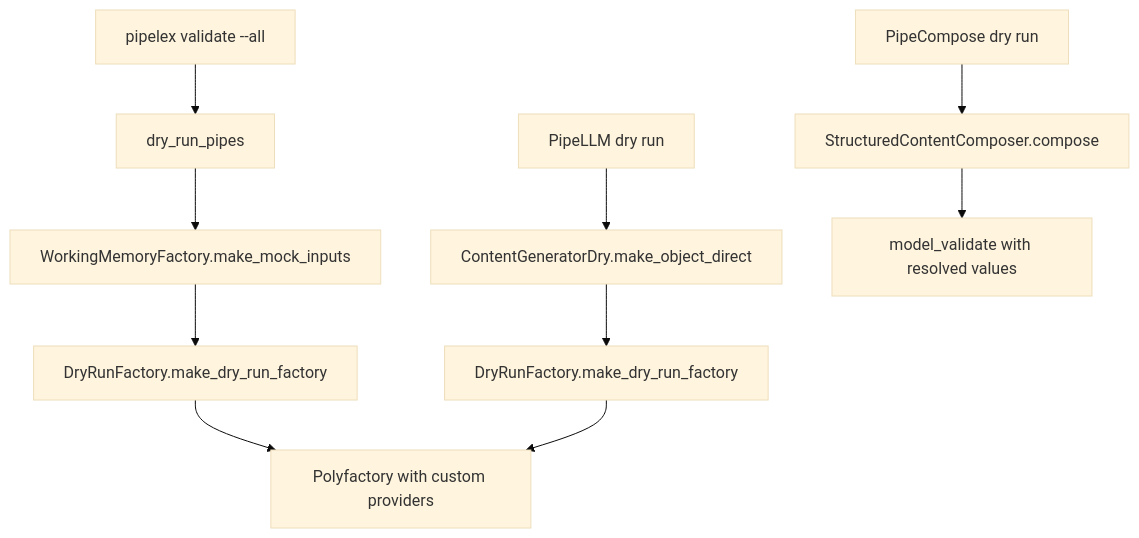
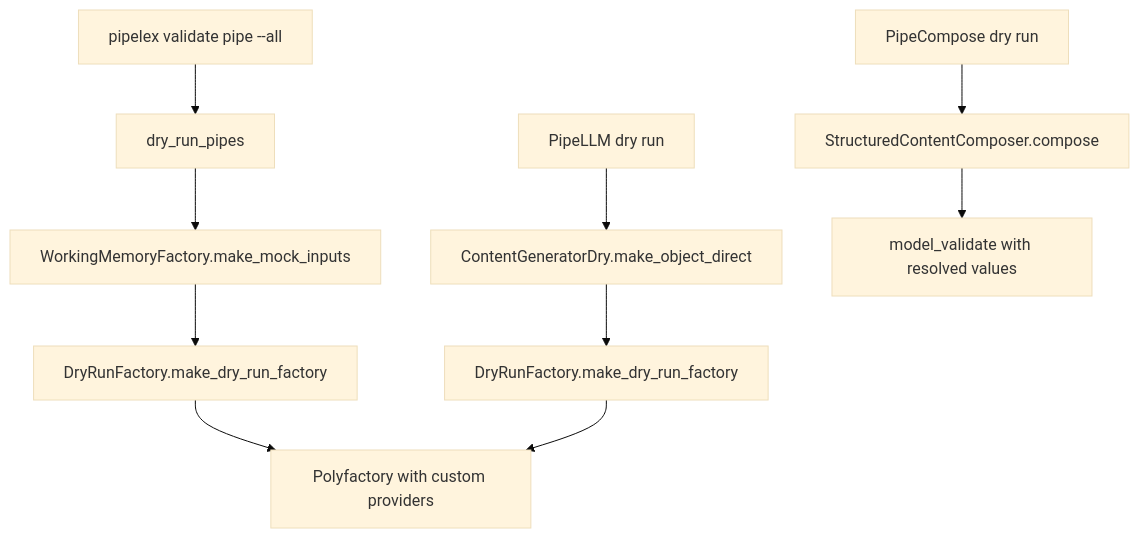
Before and after one commit to Pipelex/pipelex: the diagram in docs/under-the-hood/dry-run-mock-generation.md, drawn with Mermaid (base theme). The commit also changed 29 other files, not shown here.

````diff
--- a/docs/under-the-hood/dry-run-mock-generation.md
+++ b/docs/under-the-hood/dry-run-mock-generation.md
@@ -33,14 +33,14 @@
 ```mermaid
 flowchart TD
-    A[pipelex validate --all] --> B[dry_run_pipes]
+    A[pipelex validate pipe --all] --> B[dry_run_pipes]
     B --> C[WorkingMemoryFactory.make_mock_inputs]
     C --> D[DryRunFactory.make_dry_run_factory]
     D --> E[Polyfactory with custom providers]
 
     F[PipeLLM dry run] --> G[ContentGeneratorDry.make_object_direct]
     G --> H[DryRunFactory.make_dry_run_factory]
     H --> E
 
     I[PipeCompose dry run] --> J[StructuredContentComposer.compose]
     J --> K[model_validate with resolved values]
 ```
````
